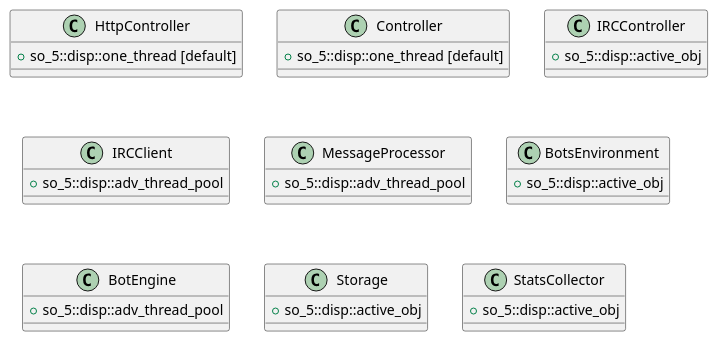
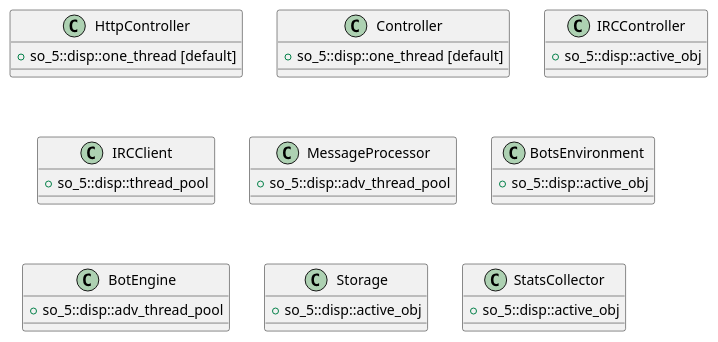
One commit to IMelker/twitch-chat-worker changed the third of 3 diagrams in so5_flow.md. Above: the diagram before and after it, drawn with PlantUML. The commit also changed 25 other files, not shown here.

Commit message:
irccient from adv_thread_pool to thread_pool, add StatsCollector, add stats from b, ch, irc

````diff
--- a/so5_flow.md
+++ b/so5_flow.md
@@ -32,31 +32,31 @@
 ```plantuml
 @startuml
 class HttpController {
 +so_5::disp::one_thread [default]
 }
 class Controller {
 +so_5::disp::one_thread [default]
 }
 class IRCController {
 +so_5::disp::active_obj
 }
 class IRCClient {
-+so_5::disp::adv_thread_pool
++so_5::disp::thread_pool
 }
 class MessageProcessor {
 +so_5::disp::adv_thread_pool
 }
 class BotsEnvironment {
 +so_5::disp::active_obj
 }
 class BotEngine {
 +so_5::disp::adv_thread_pool
 }
 class Storage {
 +so_5::disp::active_obj
 }
 class StatsCollector {
 +so_5::disp::active_obj
 }
 @enduml
 ```
````
